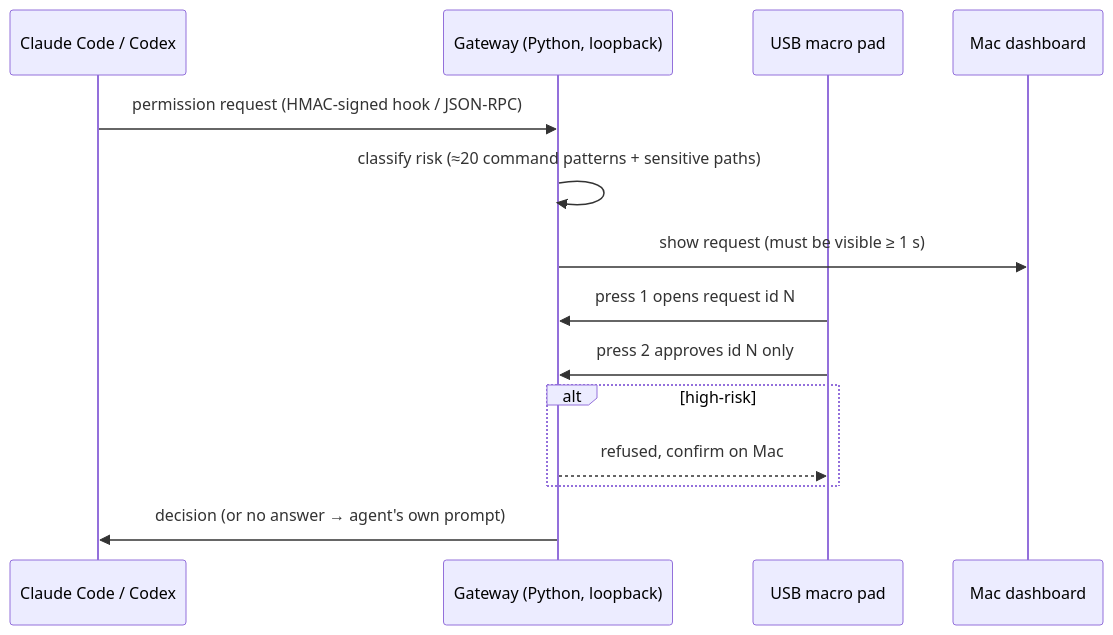
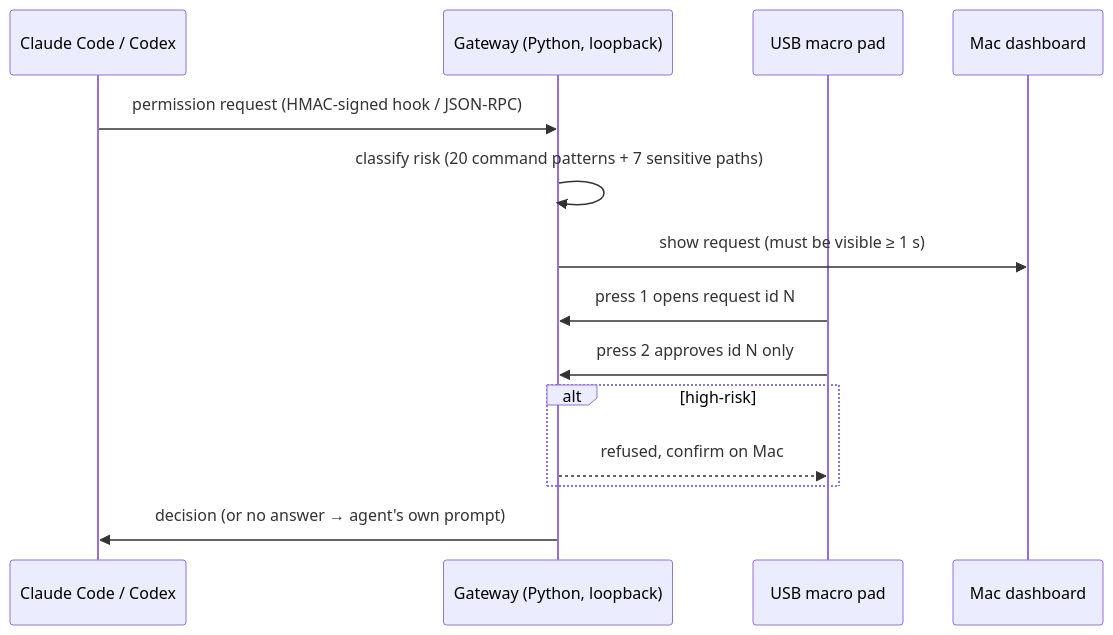
The diagram in case-studies/elara-command-deck.md (AlexRosen23/engineering-case-studies), drawn with Mermaid before and after one commit. The commit also changed other lines of this file and 15 other files, not shown here.

````diff
--- a/case-studies/elara-command-deck.md
+++ b/case-studies/elara-command-deck.md
@@ -14,16 +29,16 @@
 ```mermaid
 sequenceDiagram
   participant Agent as Claude Code / Codex
   participant GW as Gateway (Python, loopback)
   participant Pad as USB macro pad
   participant Mac as Mac dashboard
   Agent->>GW: permission request (HMAC-signed hook / JSON-RPC)
-  GW->>GW: classify risk (≈20 command patterns + sensitive paths)
+  GW->>GW: classify risk (20 command patterns + 7 sensitive paths)
   GW->>Mac: show request (must be visible ≥ 1 s)
   Pad->>GW: press 1 opens request id N
   Pad->>GW: press 2 approves id N only
   alt high-risk
     GW-->>Pad: refused, confirm on Mac
   end
   GW->>Agent: decision (or no answer → agent's own prompt)
 ```
````
